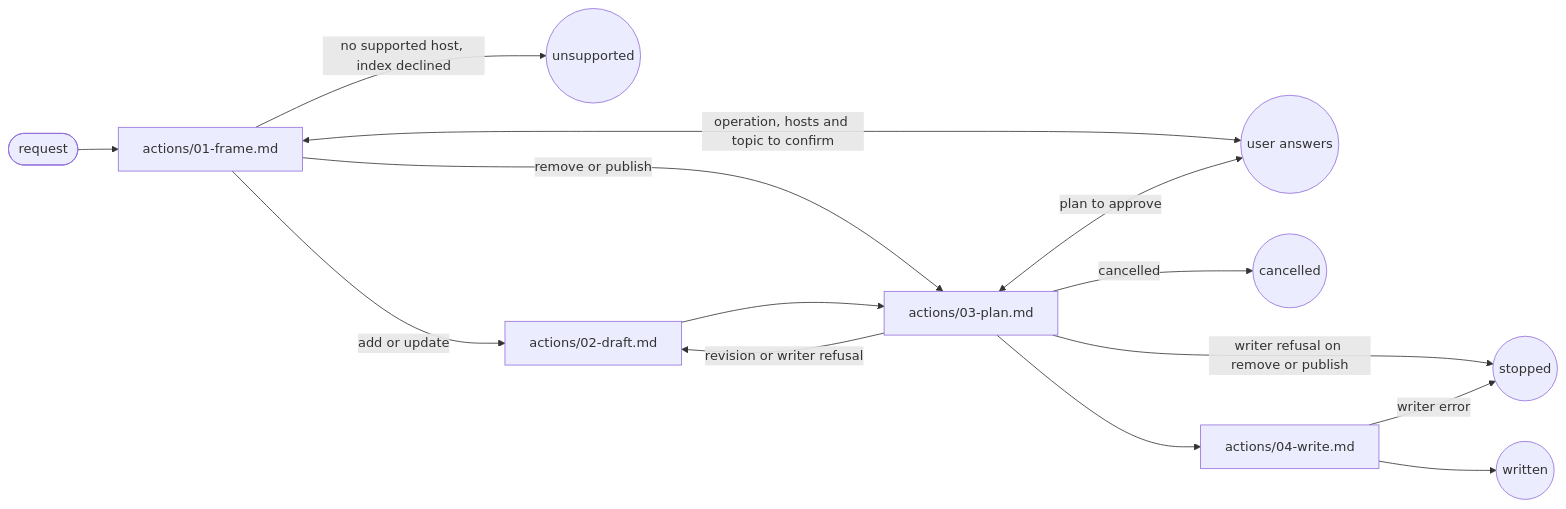
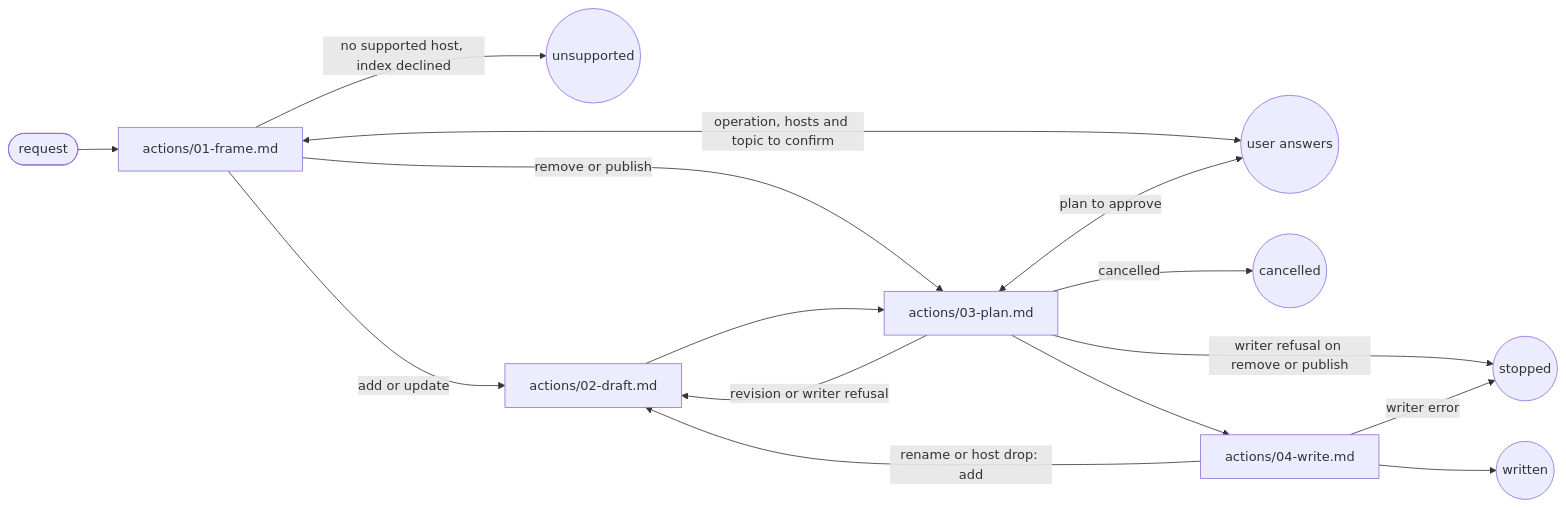
The diagram in plugins/aidd-context/skills/05-rule-generate/SKILL.md (ai-driven-dev/framework), drawn with Mermaid before and after one commit. The commit also changed other lines of this file and 6 other files, not shown here.

````diff
--- a/plugins/aidd-context/skills/05-rule-generate/SKILL.md
+++ b/plugins/aidd-context/skills/05-rule-generate/SKILL.md
@@ -9,16 +9,17 @@
 ```mermaid
 flowchart LR
   entry([request]) --> frame["actions/01-frame.md"]
   frame <-->|"operation, hosts and topic to confirm"| user((user answers))
   frame -->|"no supported host, index declined"| unsupported((unsupported))
   frame -->|"add or update"| draft["actions/02-draft.md"]
   frame -->|"remove or publish"| plan["actions/03-plan.md"]
   draft --> plan
   plan <-->|"plan to approve"| user
   plan -->|"revision or writer refusal"| draft
   plan -->|"cancelled"| cancelled((cancelled))
   plan -->|"writer refusal on remove or publish"| stopped((stopped))
   plan --> write["actions/04-write.md"]
   write --> done((written))
+  write -->|"rename or host drop: add"| draft
   write -->|"writer error"| stopped
 ```
````
